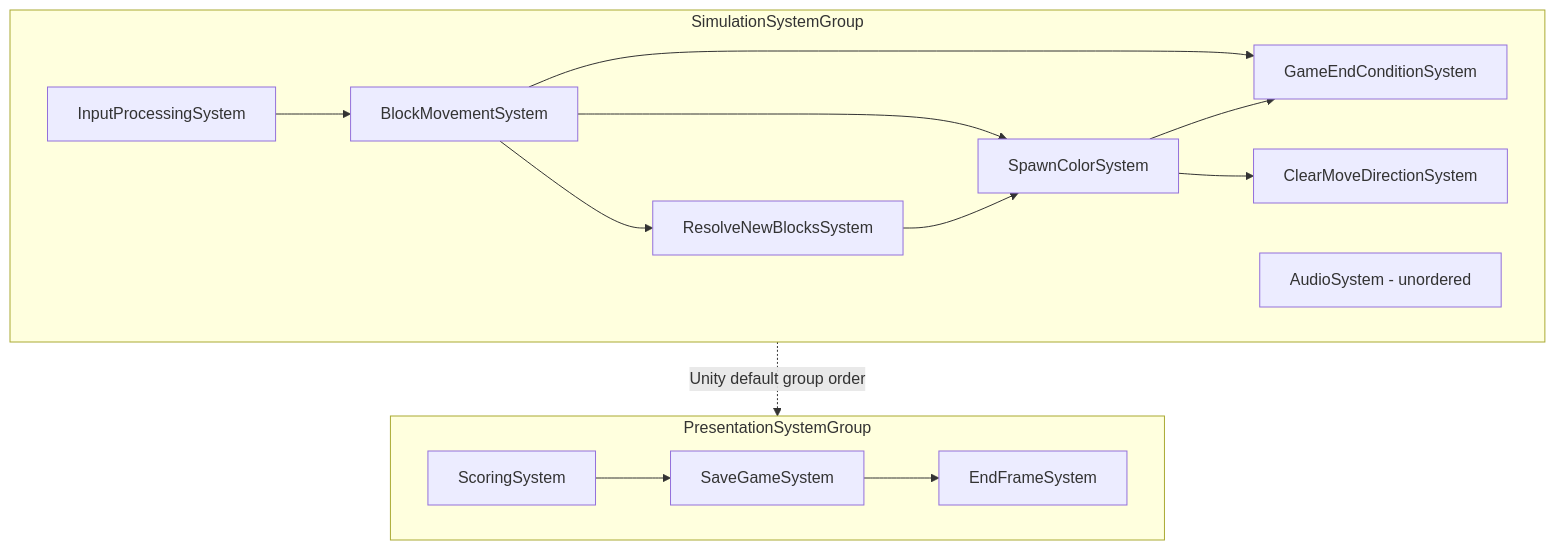
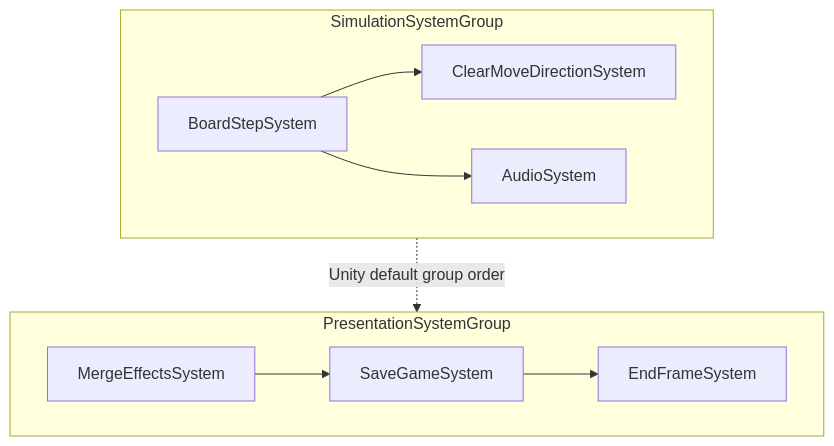
Before and after one commit to rtumelty/Cathartic-Colours: the diagram in docs/wiki/systems/ecs-frame-order.md, drawn with Mermaid. The commit also changed other lines of this file and 131 other files, not shown here.

First line of the commit message:
CC-006: Move all game rules into a pure, unit-tested simulation that ECS wraps (#56)

````diff
--- a/docs/wiki/systems/ecs-frame-order.md
+++ b/docs/wiki/systems/ecs-frame-order.md
@@ -71,17 +45,11 @@
 ```mermaid
 flowchart TD
     subgraph SIM[SimulationSystemGroup]
-        IP[InputProcessingSystem] --> BM[BlockMovementSystem]
-        BM --> RN[ResolveNewBlocksSystem]
-        BM --> SC[SpawnColorSystem]
-        RN --> SC
-        BM --> GE[GameEndConditionSystem]
-        SC --> GE
-        SC --> CM[ClearMoveDirectionSystem]
-        AU[AudioSystem - unordered]
+        BS[BoardStepSystem] --> CM[ClearMoveDirectionSystem]
+        BS --> AU[AudioSystem]
     end
     subgraph PRES[PresentationSystemGroup]
-        SCO[ScoringSystem] --> SG[SaveGameSystem] --> EF[EndFrameSystem]
+        ME[MergeEffectsSystem] --> SG[SaveGameSystem] --> EF[EndFrameSystem]
     end
     SIM -. Unity default group order .-> PRES
 ```
````
